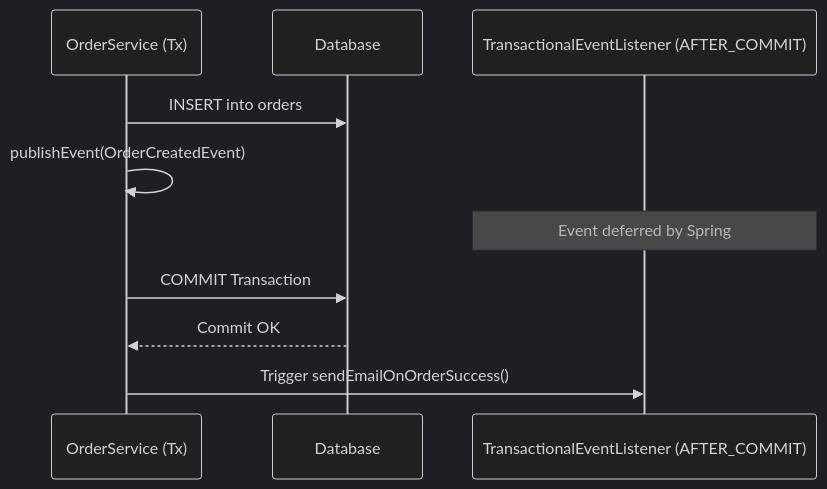
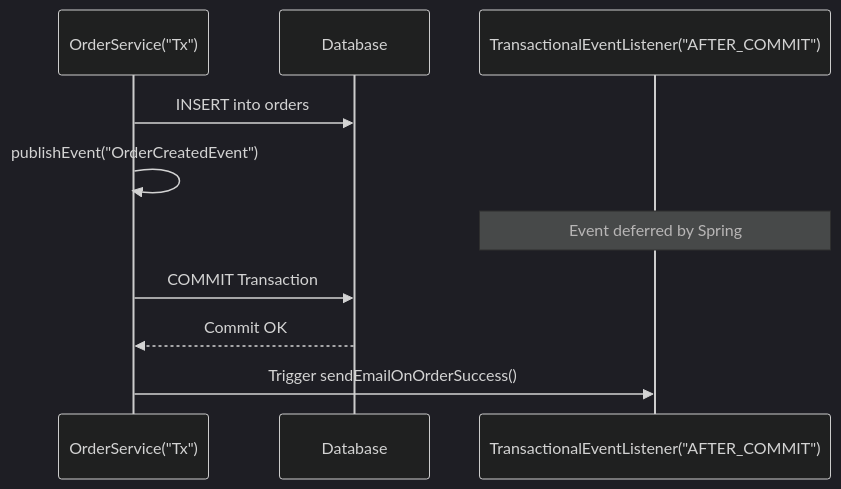
Before and after one commit to pploc/swe-icon-the-moment: the diagram in content/questions/language/java/spring-event-driven.md, drawn with Mermaid (dark theme). The commit also changed 138 other files, not shown here.

````diff
--- a/content/questions/language/java/spring-event-driven.md
+++ b/content/questions/language/java/spring-event-driven.md
@@ -76,13 +76,14 @@
 ```mermaid
 sequenceDiagram
-    participant OS as OrderService (Tx)
+    participant OS as OrderService("Tx")
     participant DB as Database
-    participant TEL as TransactionalEventListener (AFTER_COMMIT)
+    participant TEL as TransactionalEventListener("AFTER_COMMIT")
     
     OS->>DB: INSERT into orders
-    OS->>OS: publishEvent(OrderCreatedEvent)
+    OS->>OS: publishEvent("OrderCreatedEvent")
     Note over TEL: Event deferred by Spring
     OS->>DB: COMMIT Transaction
     DB-->>OS: Commit OK
     OS->>TEL: Trigger sendEmailOnOrderSuccess()
+
 ```
````
